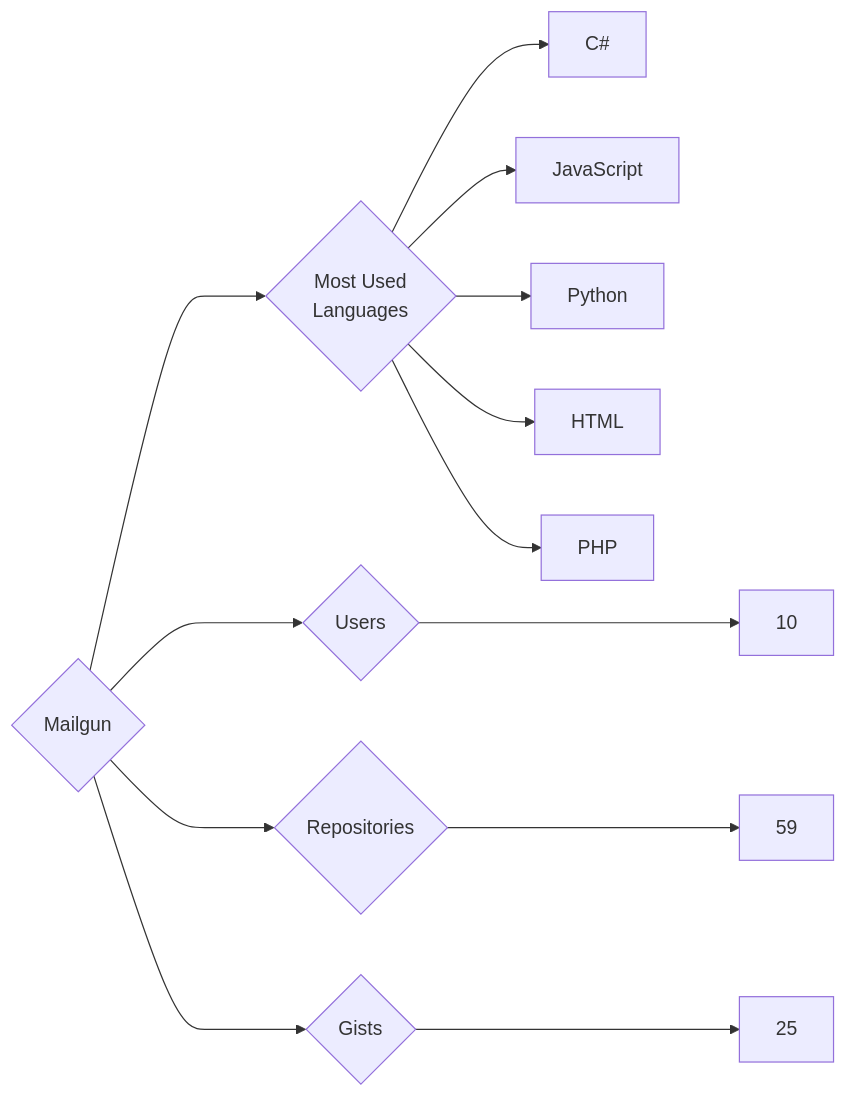
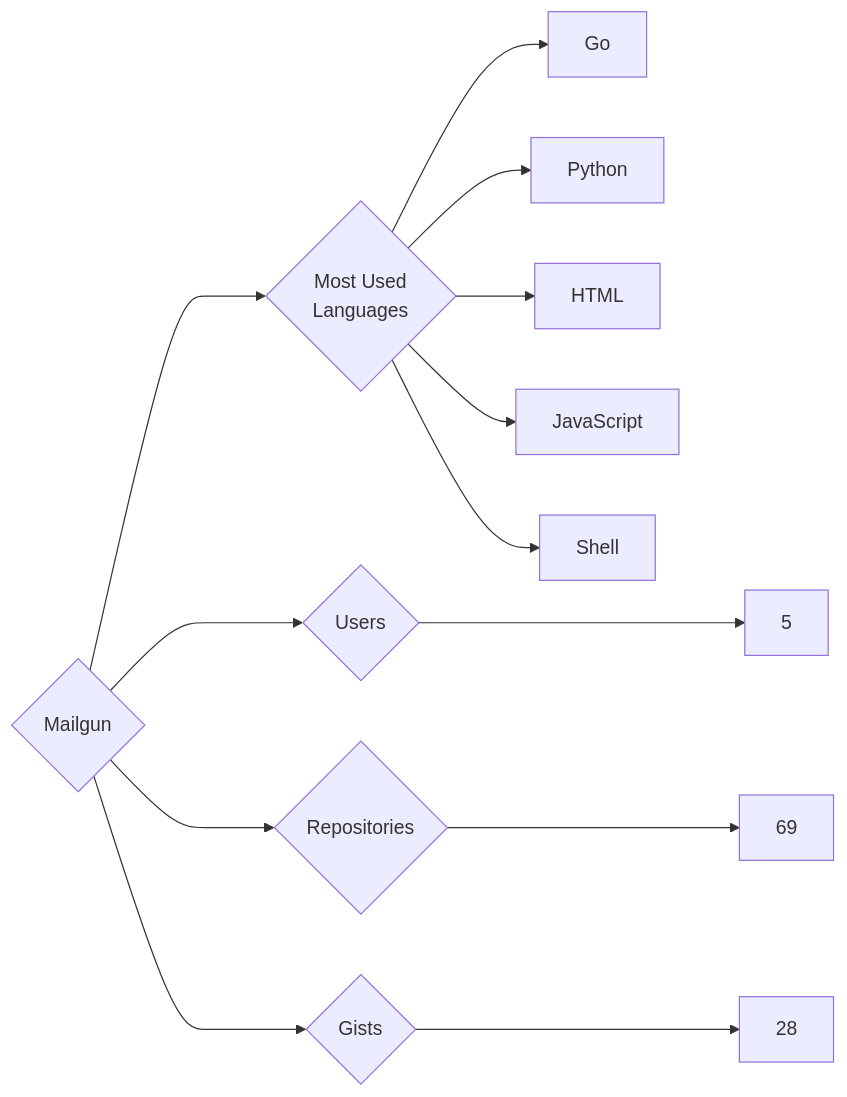
Before and after one commit to trickest/insiders: the diagram in targets/Mailgun/README.md, drawn with Mermaid. The commit also changed 823 other files, not shown here.

````diff
--- a/targets/Mailgun/README.md
+++ b/targets/Mailgun/README.md
@@ -3,13 +3,13 @@
 ```mermaid
 graph LR
 COMPANY_NAME{Mailgun}
-COMPANY_NAME ---> U{Users} ---> UN[10]
-COMPANY_NAME ---> R{Repositories} ---> RN[59]
-COMPANY_NAME ---> G{Gists} ---> GN[25]
+COMPANY_NAME ---> U{Users} ---> UN[5]
+COMPANY_NAME ---> R{Repositories} ---> RN[69]
+COMPANY_NAME ---> G{Gists} ---> GN[28]
 COMPANY_NAME ---> ML{Most Used<br>Languages}
-ML --> C#[C#]
-ML --> JavaScript[JavaScript]
+ML --> Go[Go]
 ML --> Python[Python]
 ML --> HTML[HTML]
-ML --> PHP[PHP]
+ML --> JavaScript[JavaScript]
+ML --> Shell[Shell]
 ```
````
